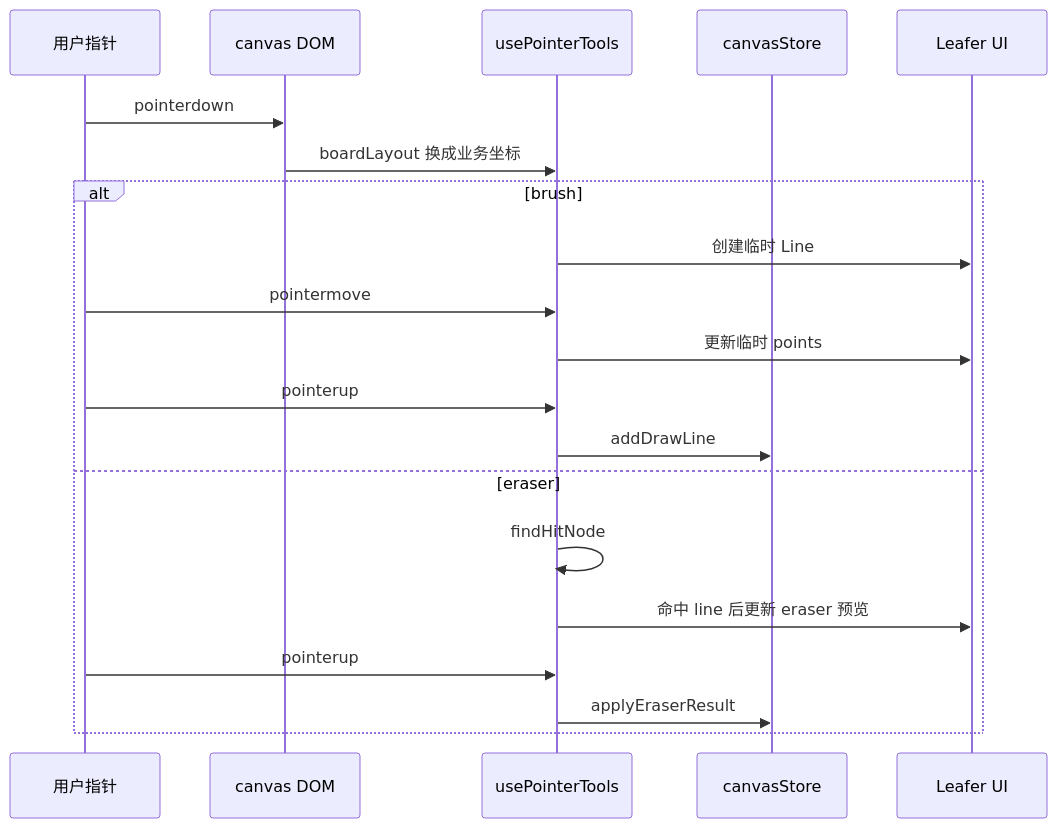
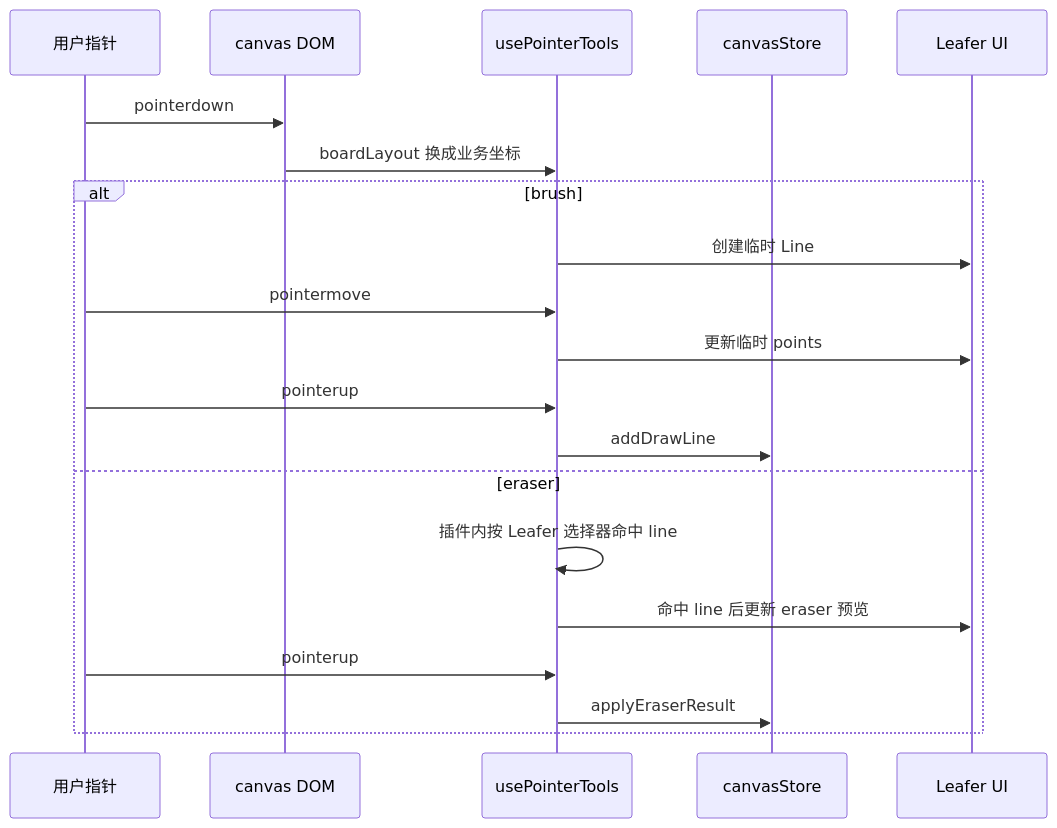
One commit to Tajigaqzh/paint-canvas changed the fourth of 8 diagrams in src/pages/home/hooks/README.md. Above: the diagram before and after it, drawn with Mermaid. The commit also changed other lines of this file and 50 other files, not shown here.

````diff
--- a/src/pages/home/hooks/README.md
+++ b/src/pages/home/hooks/README.md
@@ -185,23 +185,23 @@
 ```mermaid
 sequenceDiagram
   participant User as 用户指针
   participant DOM as canvas DOM
   participant Tools as usePointerTools
   participant Store as canvasStore
   participant Leafer as Leafer UI
 
   User->>DOM: pointerdown
   DOM->>Tools: boardLayout 换成业务坐标
   alt brush
     Tools->>Leafer: 创建临时 Line
     User->>Tools: pointermove
     Tools->>Leafer: 更新临时 points
     User->>Tools: pointerup
     Tools->>Store: addDrawLine
   else eraser
-    Tools->>Tools: findHitNode
+    Tools->>Tools: 插件内按 Leafer 选择器命中 line
     Tools->>Leafer: 命中 line 后更新 eraser 预览
     User->>Tools: pointerup
     Tools->>Store: applyEraserResult
   end
 ```
````
